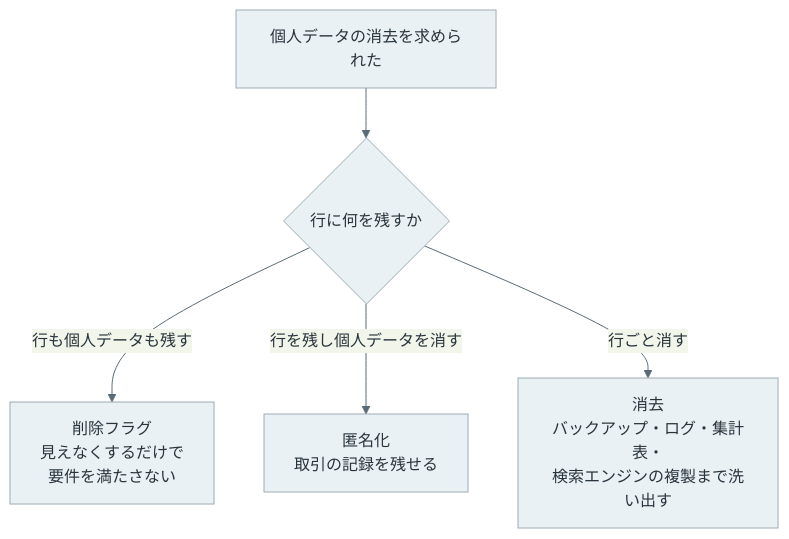
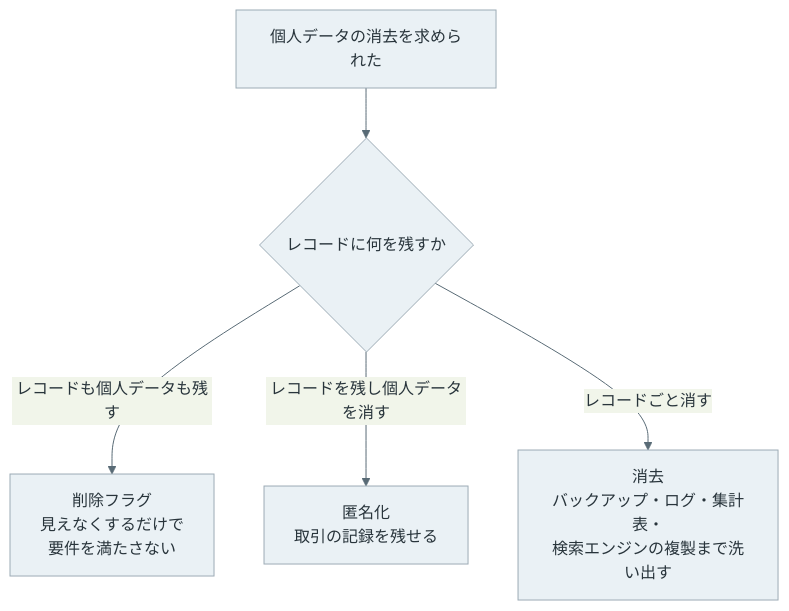
Before and after one commit to nao1215/debimate: the seventh of 7 diagrams in content/notes/database-systems/soft-delete/index.md, drawn with Mermaid. The commit also changed other lines of this file and 125 other files, not shown here.

````diff
--- a/content/notes/database-systems/soft-delete/index.md
+++ b/content/notes/database-systems/soft-delete/index.md
@@ -265,9 +269,9 @@
 ```mermaid
 %%{init: {"theme":"base","themeVariables":{"primaryColor":"#eaf1f5","primaryTextColor":"#28343b","primaryBorderColor":"#9cabb5","lineColor":"#596b76","textColor":"#28343b","actorBkg":"#eaf1f5","actorBorder":"#9cabb5","actorTextColor":"#28343b","actorLineColor":"#9cabb5","signalColor":"#596b76","signalTextColor":"#28343b","noteBkgColor":"#f7f1e5","noteBorderColor":"#c5b99b","noteTextColor":"#403c32","activationBkgColor":"#edf3ef","activationBorderColor":"#9aafa1"}}}%%
 flowchart TB
-    R["個人データの消去を求められた"] --> D{"行に何を残すか"}
-    D -->|"行も個人データも残す"| F["削除フラグ<br/>見えなくするだけで<br/>要件を満たさない"]
-    D -->|"行を残し個人データを消す"| A["匿名化<br/>取引の記録を残せる"]
-    D -->|"行ごと消す"| E["消去<br/>バックアップ・ログ・集計表・<br/>検索エンジンの複製まで洗い出す"]
+    R["個人データの消去を求められた"] --> D{"レコードに何を残すか"}
+    D -->|"レコードも個人データも残す"| F["削除フラグ<br/>見えなくするだけで<br/>要件を満たさない"]
+    D -->|"レコードを残し個人データを消す"| A["匿名化<br/>取引の記録を残せる"]
+    D -->|"レコードごと消す"| E["消去<br/>バックアップ・ログ・集計表・<br/>検索エンジンの複製まで洗い出す"]
     classDef default fill:#eaf1f5,stroke:#9cabb5,color:#28343b;
 ```
````
